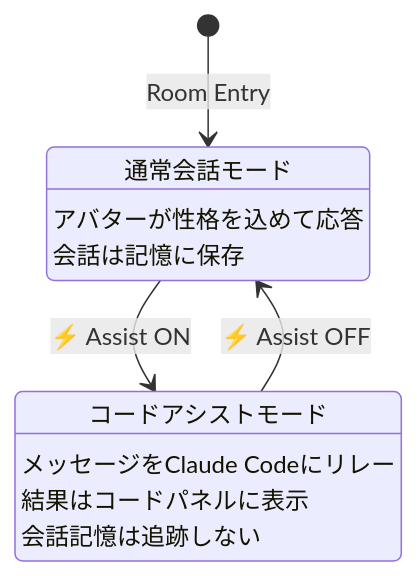
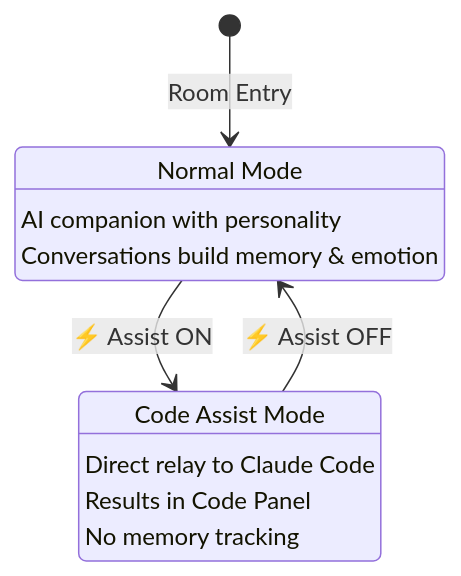
Before and after one commit to nskit-io/nvatar-code-assist: the third of 7 diagrams in docs/README_JA.md, drawn with Mermaid. The commit also changed other lines of this file and 3 other files, not shown here.

````diff
--- a/docs/README_JA.md
+++ b/docs/README_JA.md
@@ -111,15 +88,15 @@
 ```mermaid
 stateDiagram-v2
     [*] --> NormalMode: Room Entry
     NormalMode --> AssistMode: ⚡ Assist ON
     AssistMode --> NormalMode: ⚡ Assist OFF
 
-    NormalMode: 通常会話モード
-    NormalMode: アバターが性格を込めて応答
-    NormalMode: 会話は記憶に保存
+    NormalMode: Normal Mode
+    NormalMode: AI companion with personality
+    NormalMode: Conversations build memory & emotion
 
-    AssistMode: コードアシストモード
-    AssistMode: メッセージをClaude Codeにリレー
-    AssistMode: 結果はコードパネルに表示
-    AssistMode: 会話記憶は追跡しない
+    AssistMode: Code Assist Mode
+    AssistMode: Direct relay to Claude Code
+    AssistMode: Results in Code Panel
+    AssistMode: No memory tracking
 ```
````
